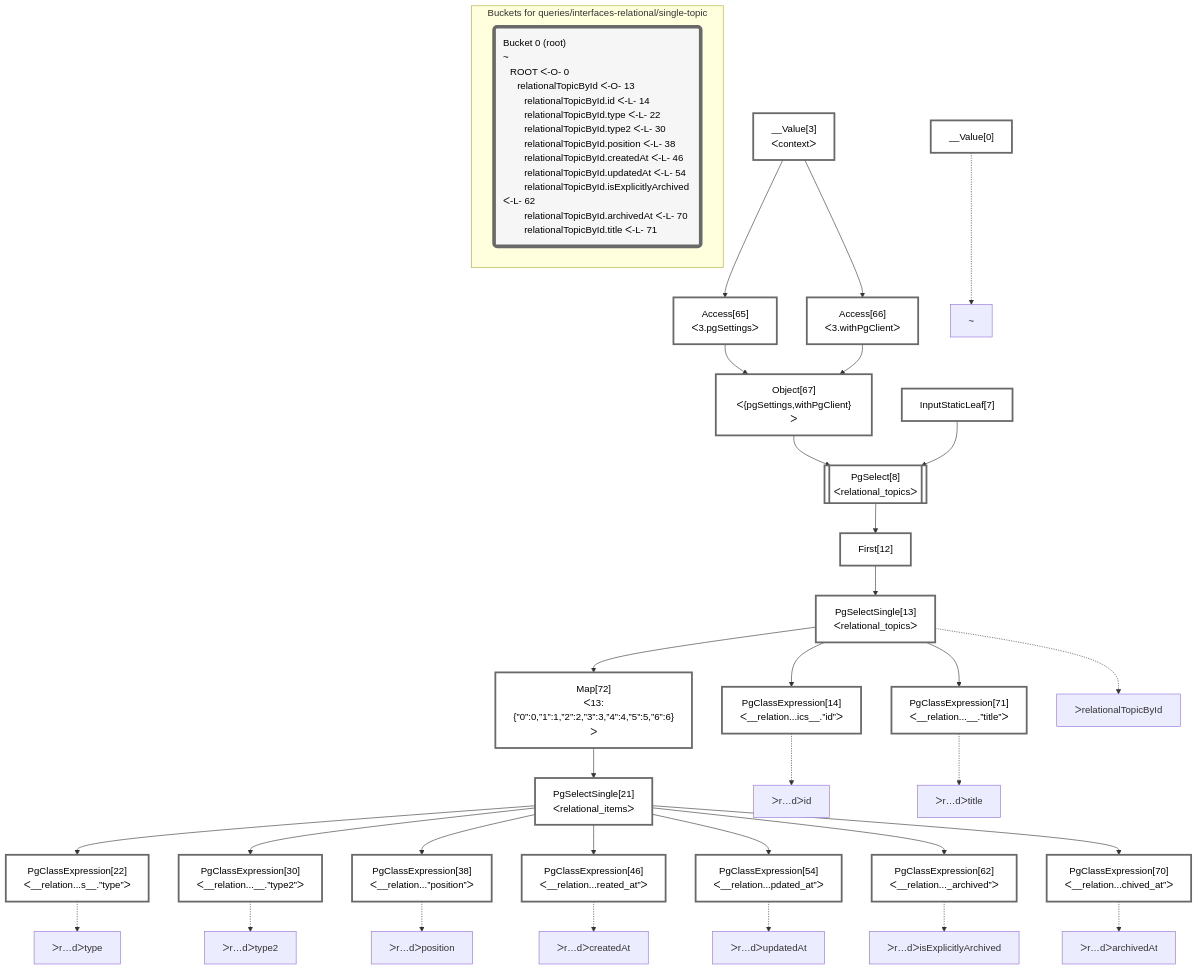
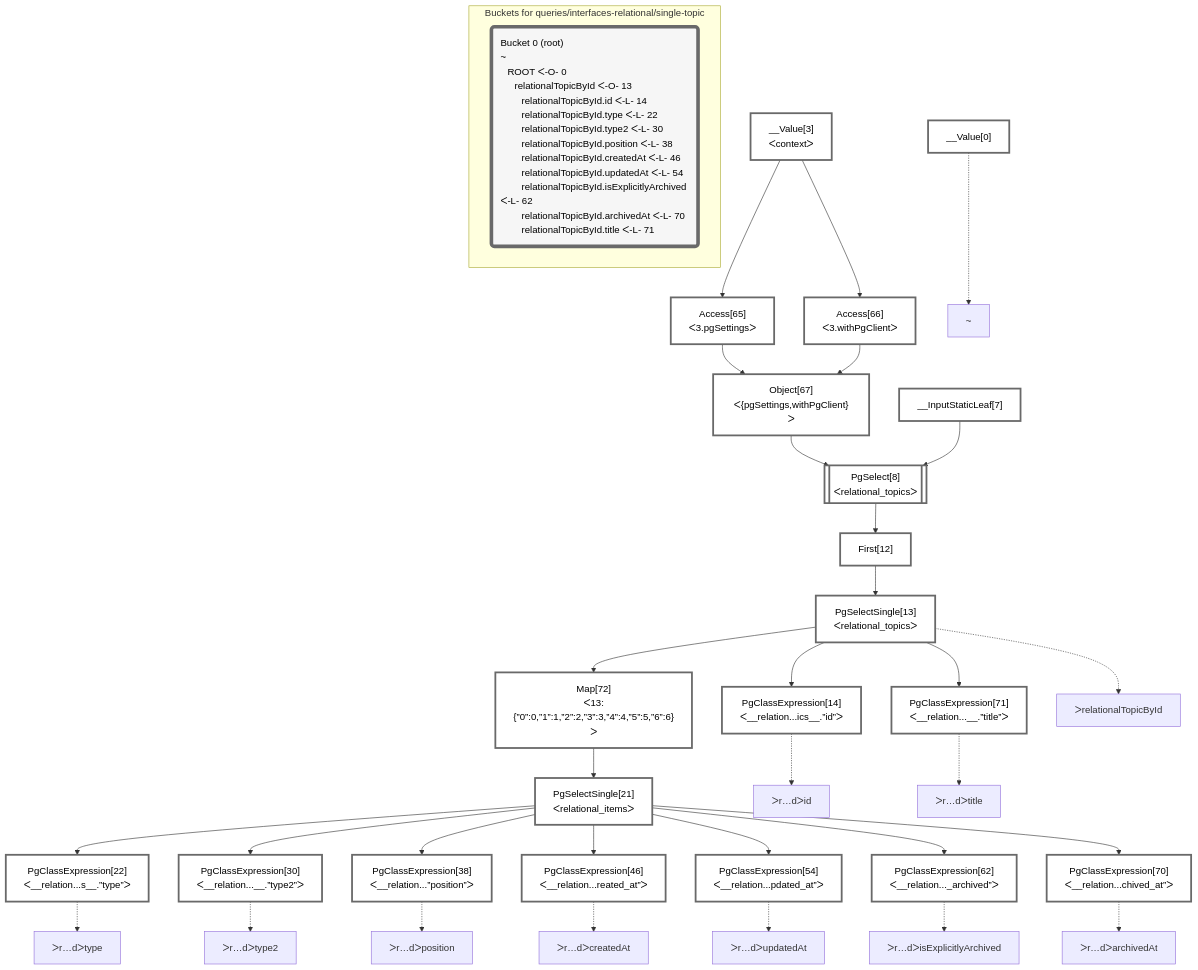
Before and after one commit to graphile/crystal: the diagram in packages/dataplan-pg/__tests__/queries/interfaces-relational/single-topic.deopt.mermaid.md, drawn with Mermaid. The commit also changed 79 other files, not shown here.

````diff
--- a/packages/dataplan-pg/__tests__/queries/interfaces-relational/single-topic.deopt.mermaid.md
+++ b/packages/dataplan-pg/__tests__/queries/interfaces-relational/single-topic.deopt.mermaid.md
@@ -1,80 +1,80 @@
 ```mermaid
 graph TD
     classDef path fill:#eee,stroke:#000,color:#000
     classDef plan fill:#fff,stroke-width:3px,color:#000
     classDef itemplan fill:#fff,stroke-width:6px,color:#000
     classDef sideeffectplan fill:#f00,stroke-width:6px,color:#000
     classDef bucket fill:#f6f6f6,color:#000,stroke-width:6px,text-align:left
 
 
     %% define plans
     __Value0["__Value[0]"]:::plan
     PgClassExpression14["PgClassExpression[14]<br />ᐸ__relation...ics__.”id”ᐳ"]:::plan
     PgClassExpression22["PgClassExpression[22]<br />ᐸ__relation...s__.”type”ᐳ"]:::plan
     PgClassExpression30["PgClassExpression[30]<br />ᐸ__relation...__.”type2”ᐳ"]:::plan
     PgClassExpression38["PgClassExpression[38]<br />ᐸ__relation...”position”ᐳ"]:::plan
     PgClassExpression46["PgClassExpression[46]<br />ᐸ__relation...reated_at”ᐳ"]:::plan
     PgClassExpression54["PgClassExpression[54]<br />ᐸ__relation...pdated_at”ᐳ"]:::plan
     PgClassExpression62["PgClassExpression[62]<br />ᐸ__relation..._archived”ᐳ"]:::plan
     PgClassExpression70["PgClassExpression[70]<br />ᐸ__relation...chived_at”ᐳ"]:::plan
     PgSelectSingle21["PgSelectSingle[21]<br />ᐸrelational_itemsᐳ"]:::plan
     Map72["Map[72]<br />ᐸ13:{”0”:0,”1”:1,”2”:2,”3”:3,”4”:4,”5”:5,”6”:6}ᐳ"]:::plan
     PgClassExpression71["PgClassExpression[71]<br />ᐸ__relation...__.”title”ᐳ"]:::plan
     PgSelectSingle13["PgSelectSingle[13]<br />ᐸrelational_topicsᐳ"]:::plan
     First12["First[12]"]:::plan
     PgSelect8[["PgSelect[8]<br />ᐸrelational_topicsᐳ"]]:::plan
     Object67["Object[67]<br />ᐸ{pgSettings,withPgClient}ᐳ"]:::plan
     Access65["Access[65]<br />ᐸ3.pgSettingsᐳ"]:::plan
     Access66["Access[66]<br />ᐸ3.withPgClientᐳ"]:::plan
     __Value3["__Value[3]<br />ᐸcontextᐳ"]:::plan
-    InputStaticLeaf7["InputStaticLeaf[7]"]:::plan
+    __InputStaticLeaf7["__InputStaticLeaf[7]"]:::plan
 
     %% plan dependencies
     PgSelectSingle13 --> PgClassExpression14
     PgSelectSingle21 --> PgClassExpression22
     PgSelectSingle21 --> PgClassExpression30
     PgSelectSingle21 --> PgClassExpression38
     PgSelectSingle21 --> PgClassExpression46
     PgSelectSingle21 --> PgClassExpression54
     PgSelectSingle21 --> PgClassExpression62
     PgSelectSingle21 --> PgClassExpression70
     Map72 --> PgSelectSingle21
     PgSelectSingle13 --> Map72
     PgSelectSingle13 --> PgClassExpression71
     First12 --> PgSelectSingle13
     PgSelect8 --> First12
-    Object67 & InputStaticLeaf7 --> PgSelect8
+    Object67 & __InputStaticLeaf7 --> PgSelect8
     Access65 & Access66 --> Object67
     __Value3 --> Access65
     __Value3 --> Access66
 
     %% plan-to-path relationships
     P0["~"]
     __Value0 -.-> P0
     P13["ᐳrelationalTopicById"]
     PgSelectSingle13 -.-> P13
     P14["ᐳr…dᐳid"]
     PgClassExpression14 -.-> P14
     P22["ᐳr…dᐳtype"]
     PgClassExpression22 -.-> P22
     P30["ᐳr…dᐳtype2"]
     PgClassExpression30 -.-> P30
     P38["ᐳr…dᐳposition"]
     PgClassExpression38 -.-> P38
     P46["ᐳr…dᐳcreatedAt"]
     PgClassExpression46 -.-> P46
     P54["ᐳr…dᐳupdatedAt"]
     PgClassExpression54 -.-> P54
     P62["ᐳr…dᐳisExplicitlyArchived"]
     PgClassExpression62 -.-> P62
     P70["ᐳr…dᐳarchivedAt"]
     PgClassExpression70 -.-> P70
     P71["ᐳr…dᐳtitle"]
     PgClassExpression71 -.-> P71
 
     subgraph "Buckets for queries/interfaces-relational/single-topic"
     Bucket0("Bucket 0 (root)<br />~<br />⠀ROOT ᐸ-O- 0<br />⠀⠀relationalTopicById ᐸ-O- 13<br />⠀⠀⠀relationalTopicById.id ᐸ-L- 14<br />⠀⠀⠀relationalTopicById.type ᐸ-L- 22<br />⠀⠀⠀relationalTopicById.type2 ᐸ-L- 30<br />⠀⠀⠀relationalTopicById.position ᐸ-L- 38<br />⠀⠀⠀relationalTopicById.createdAt ᐸ-L- 46<br />⠀⠀⠀relationalTopicById.updatedAt ᐸ-L- 54<br />⠀⠀⠀relationalTopicById.isExplicitlyArchived ᐸ-L- 62<br />⠀⠀⠀relationalTopicById.archivedAt ᐸ-L- 70<br />⠀⠀⠀relationalTopicById.title ᐸ-L- 71"):::bucket
     classDef bucket0 stroke:#696969
-    class Bucket0,__Value0,__Value3,InputStaticLeaf7,PgSelect8,First12,PgSelectSingle13,PgClassExpression14,PgSelectSingle21,PgClassExpression22,PgClassExpression30,PgClassExpression38,PgClassExpression46,PgClassExpression54,PgClassExpression62,Access65,Access66,Object67,PgClassExpression70,PgClassExpression71,Map72 bucket0
+    class Bucket0,__Value0,__Value3,__InputStaticLeaf7,PgSelect8,First12,PgSelectSingle13,PgClassExpression14,PgSelectSingle21,PgClassExpression22,PgClassExpression30,PgClassExpression38,PgClassExpression46,PgClassExpression54,PgClassExpression62,Access65,Access66,Object67,PgClassExpression70,PgClassExpression71,Map72 bucket0
     end
 ```
````
